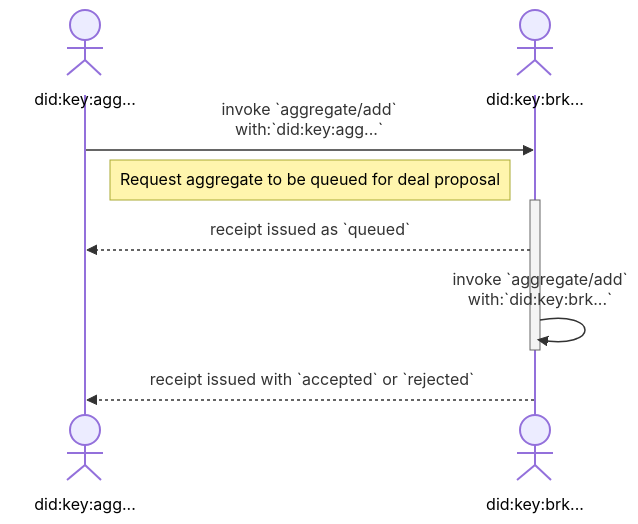
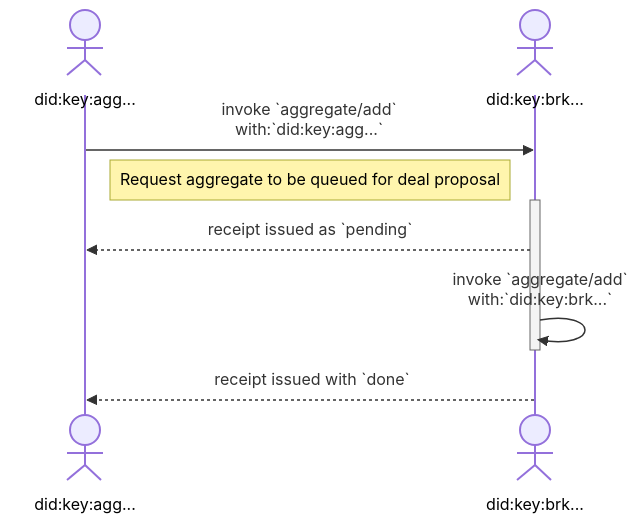
Before and after one commit to storacha/specs: the third of 4 diagrams in w3-filecoin.md, drawn with Mermaid. The commit also changed other lines of this file, not shown here.

````diff
--- a/w3-filecoin.md
+++ b/w3-filecoin.md
@@ -131,13 +131,13 @@
 ```mermaid
 sequenceDiagram
     actor Aggregator as <br/><br/>did:key:agg...
     actor Dealer as <br/><br/>did:key:brk...
 
     Aggregator->>Dealer: invoke `aggregate/add`<br>with:`did:key:agg...`
     Note left of Dealer: Request aggregate to be queued for deal proposal
     activate Dealer
-    Dealer-->>Aggregator: receipt issued as `queued`
+    Dealer-->>Aggregator: receipt issued as `pending`
     Dealer->>Dealer: invoke `aggregate/add`<br>with:`did:key:brk...`
     deactivate Dealer
-    Dealer-->>Aggregator: receipt issued with `accepted` or `rejected`
+    Dealer-->>Aggregator: receipt issued with `done`
 ```
````
